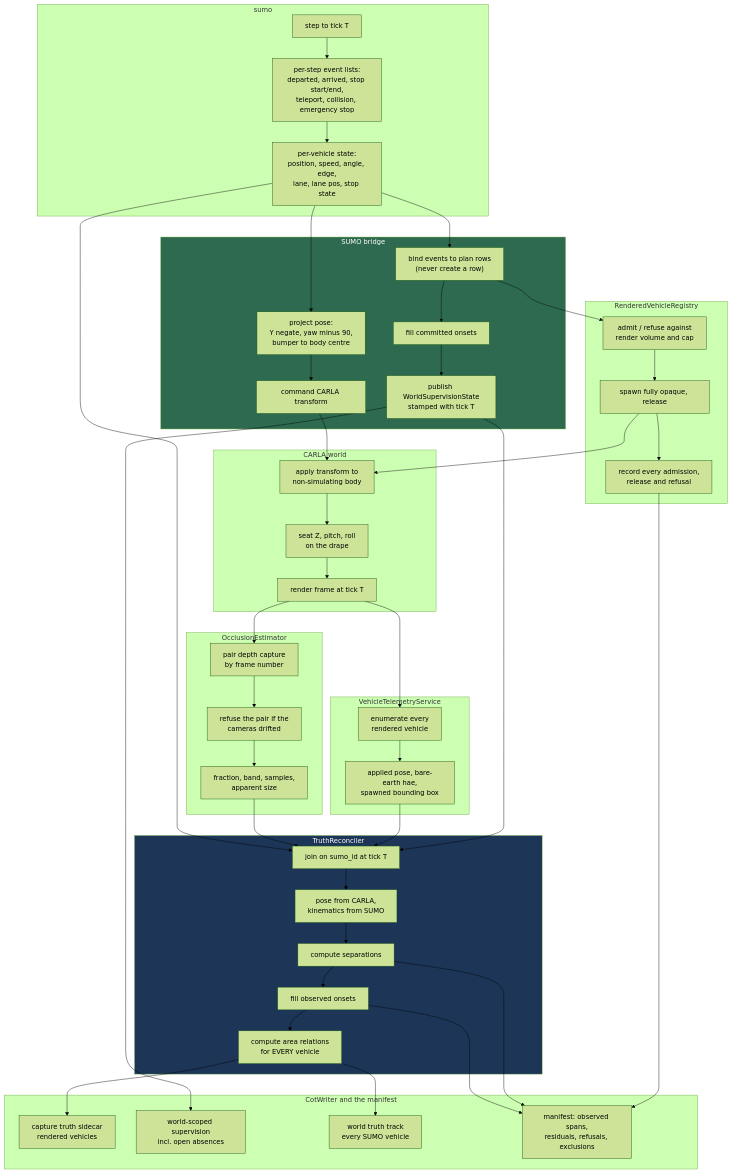
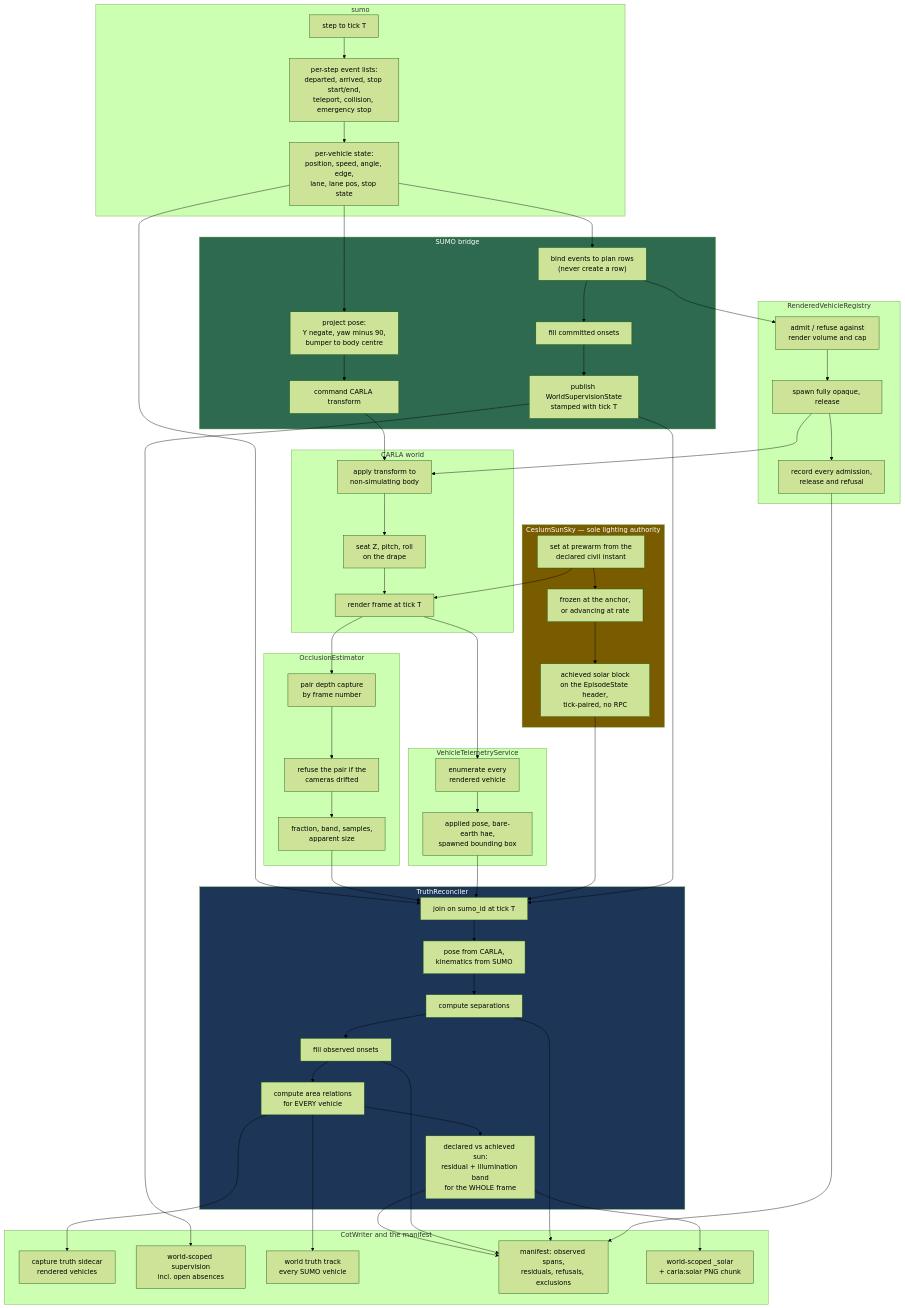
One commit to sbrett9/carla changed the fifth of 5 diagrams in Docs/CAT_Research/Plans/SUMO_Behavioral_Capture/06_Truth_And_Annotation.md. Above: the diagram before and after it, drawn with Mermaid (forest theme). The commit also changed other lines of this file and 15 other files, not shown here.

````diff
--- a/Docs/CAT_Research/Plans/SUMO_Behavioral_Capture/06_Truth_And_Annotation.md
+++ b/Docs/CAT_Research/Plans/SUMO_Behavioral_Capture/06_Truth_And_Annotation.md
@@ -1469,67 +2061,79 @@
 ```mermaid
 flowchart TB
     subgraph L1["sumo"]
         A1["step to tick T"] --> A2["per-step event lists:<br/>departed, arrived, stop start/end,<br/>teleport, collision, emergency stop"]
         A2 --> A3["per-vehicle state:<br/>position, speed, angle, edge,<br/>lane, lane pos, stop state"]
     end
 
     subgraph L2["SUMO bridge"]
         B1["bind events to plan rows<br/>(never create a row)"] --> B2["fill committed onsets"]
         B2 --> B3["publish WorldSupervisionState<br/>stamped with tick T"]
         B4["project pose:<br/>Y negate, yaw minus 90,<br/>bumper to body centre"] --> B5["command CARLA transform"]
     end
 
     subgraph L3["RenderedVehicleRegistry"]
         C1["admit / refuse against<br/>render volume and cap"] --> C2["spawn fully opaque, release"]
         C2 --> C3["record every admission,<br/>release and refusal"]
     end
 
     subgraph L4["CARLA world"]
         D1["apply transform to<br/>non-simulating body"] --> D2["seat Z, pitch, roll<br/>on the drape"]
         D2 --> D3["render frame at tick T"]
     end
 
+    subgraph L4b["CesiumSunSky — sole lighting authority"]
+        S1["set at prewarm from the<br/>declared civil instant"] --> S2["frozen at the anchor,<br/>or advancing at rate"]
+        S2 --> S3["achieved solar block<br/>on the EpisodeState header,<br/>tick-paired, no RPC"]
+    end
+
     subgraph L5["VehicleTelemetryService"]
         E1["enumerate every<br/>rendered vehicle"] --> E2["applied pose, bare-earth hae,<br/>spawned bounding box"]
     end
 
     subgraph L6["OcclusionEstimator"]
         F1["pair depth capture<br/>by frame number"] --> F2["refuse the pair if the<br/>cameras drifted"]
         F2 --> F3["fraction, band, samples,<br/>apparent size"]
     end
 
     subgraph L7["TruthReconciler"]
         G1["join on sumo_id at tick T"] --> G2["pose from CARLA,<br/>kinematics from SUMO"]
         G2 --> G3["compute separations"]
         G3 --> G4["fill observed onsets"]
         G4 --> G5["compute area relations<br/>for EVERY vehicle"]
+        G5 --> G6["declared vs achieved sun:<br/>residual + illumination band<br/>for the WHOLE frame"]
     end
 
     subgraph L8["CotWriter and the manifest"]
         H1["capture truth sidecar<br/>rendered vehicles"] 
         H2["world-scoped supervision<br/>incl. open absences"]
         H3["world truth track<br/>every SUMO vehicle"]
         H4["manifest: observed spans,<br/>residuals, refusals, exclusions"]
+        H5["world-scoped _solar<br/>+ carla:solar PNG chunk"]
     end
 
     A3 --> B1
     A3 --> B4
     B3 --> G1
     B5 --> D1
     B1 --> C1
     C2 --> D1
     C3 --> H4
+    S1 --> D3
+    S3 --> G1
     D3 --> E1
     D3 --> F1
     E2 --> G1
     F3 --> G1
     A3 --> G1
     G5 --> H1
     G5 --> H3
     B3 --> H2
     G3 --> H4
     G4 --> H4
+    G6 --> H5
+    G6 --> H4
 
     style L7 fill:#1d3557,color:#ffffff
     style L2 fill:#2d6a4f,color:#ffffff
+    style L4b fill:#7a5c00,color:#ffffff
 ```
````
